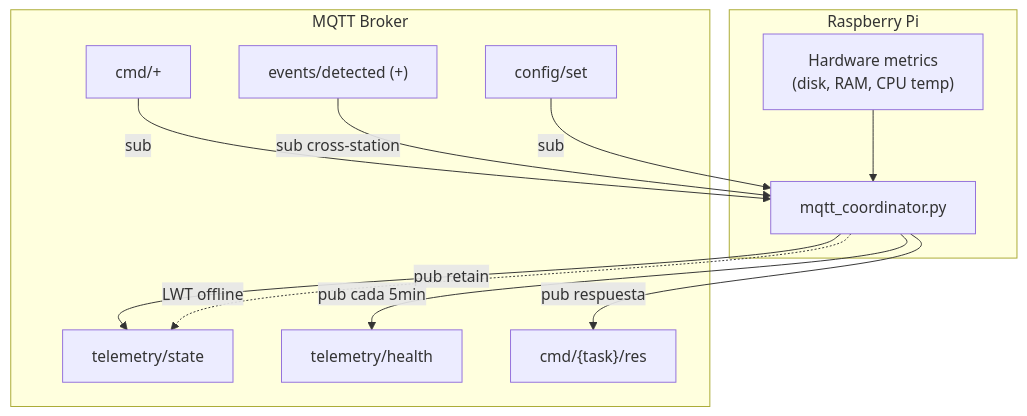
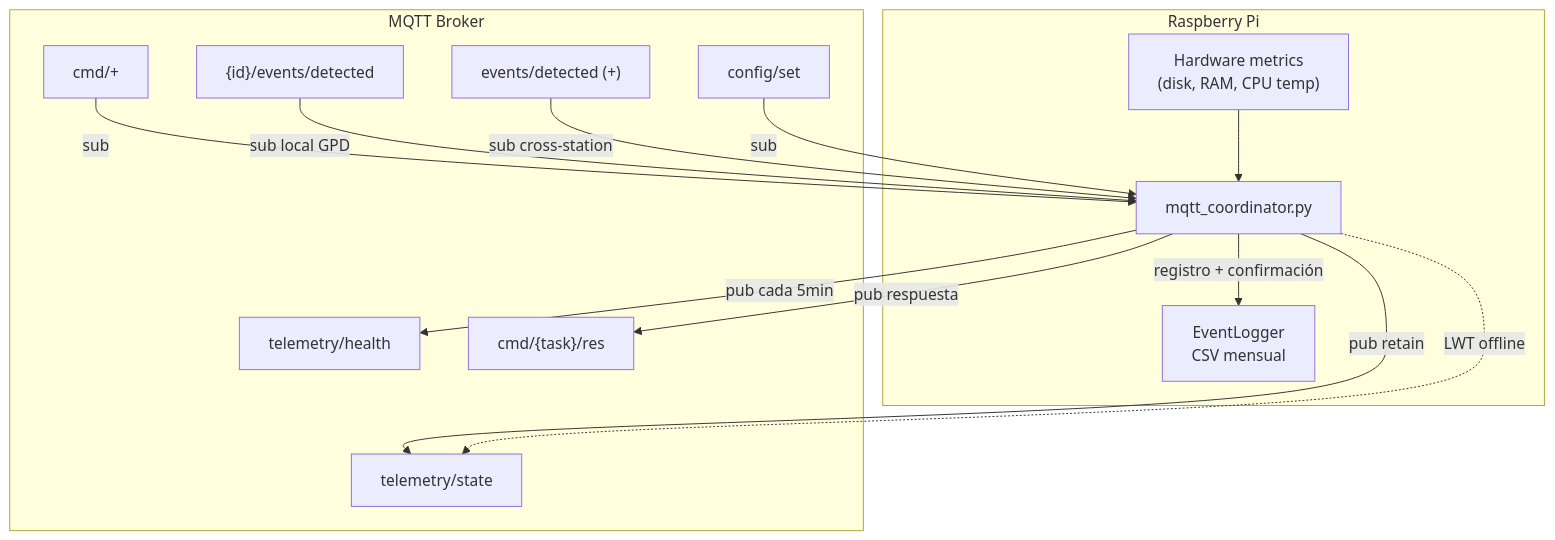
The first of 2 diagrams in docs/context/mqtt_coordinator_context.md (Red-Sismica-del-Austro/RSA-Acelerografo), drawn with Mermaid before and after one commit. The commit also changed other lines of this file and 3 other files, not shown here.

Commit message:
docs: actualizacion de contexto tecnico - crear contextos tecnicos event_logger y structured_logger - actualizar contextos gpd_stream_worker y mqtt_coordinator con cambios fase 4

````diff
--- a/docs/context/mqtt_coordinator_context.md
+++ b/docs/context/mqtt_coordinator_context.md
@@ -13,25 +20,29 @@
 ```mermaid
 graph TD
     subgraph RPi["Raspberry Pi"]
         COORD["mqtt_coordinator.py"]
-        HW["Hardware metrics<br>(disk, RAM, CPU temp)"]
+        HW["Hardware metrics\n(disk, RAM, CPU temp)"]
+        EL["EventLogger\nCSV mensual"]
     end
 
     subgraph Broker["MQTT Broker"]
         T_STATE["telemetry/state"]
         T_HEALTH["telemetry/health"]
         CMD["cmd/+"]
         CMD_RES["cmd/{task}/res"]
+        EVT_LOCAL["{id}/events/detected"]
         EVT_REG["events/detected (+)"]
         CFG["config/set"]
     end
 
     COORD -->|pub retain| T_STATE
     COORD -->|pub cada 5min| T_HEALTH
     HW --> COORD
     CMD -->|sub| COORD
     COORD -->|pub respuesta| CMD_RES
+    EVT_LOCAL -->|sub local GPD| COORD
     EVT_REG -->|sub cross-station| COORD
     CFG -->|sub| COORD
-    COORD -.->|LWT offline| T_STATE
+    COORD -..->|LWT offline| T_STATE
+    COORD -->|registro + confirmación| EL
 ```
````
